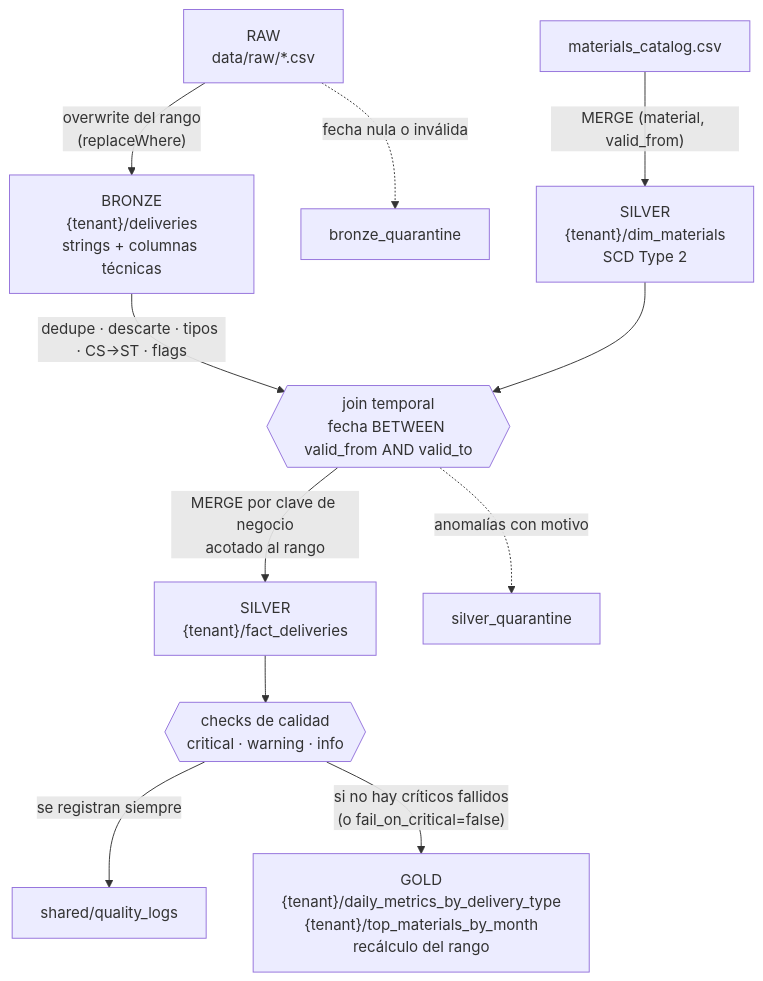
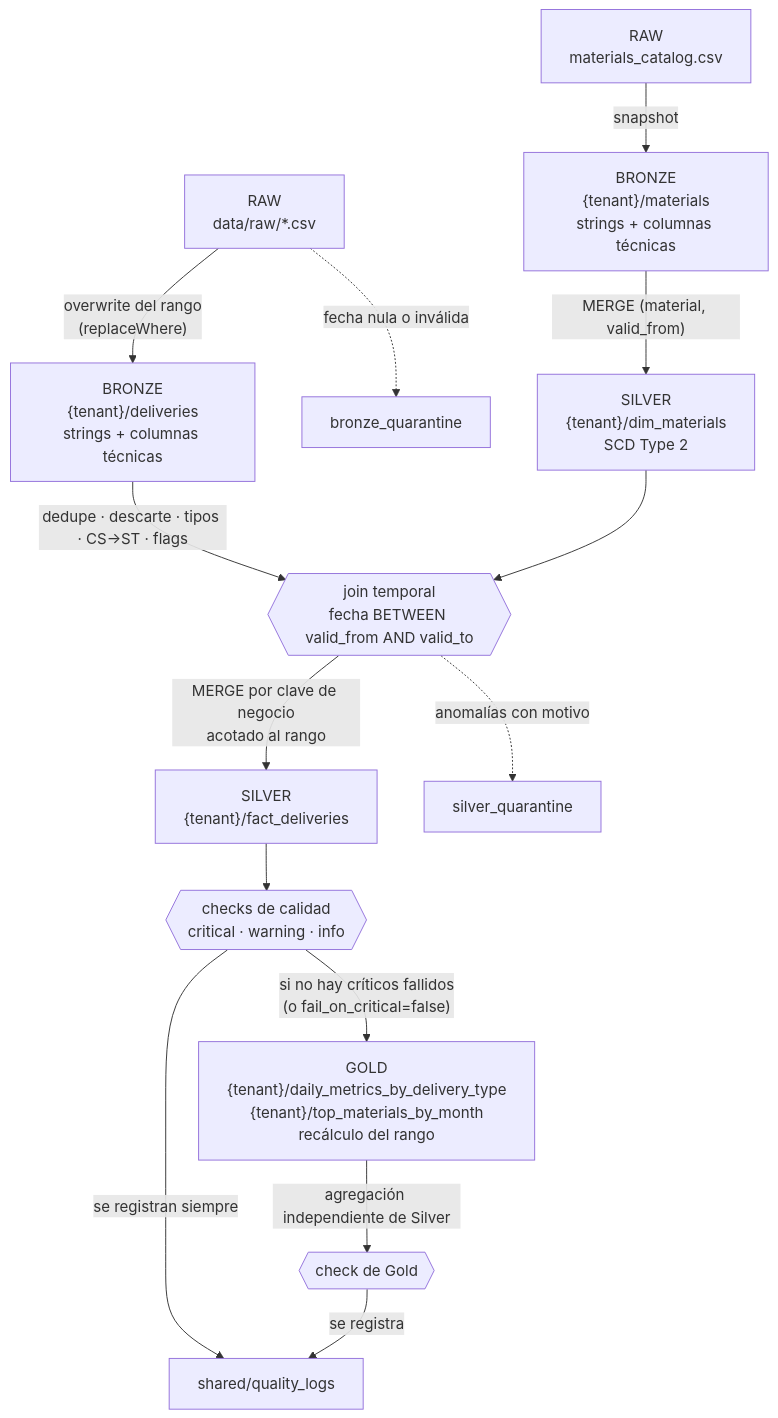
One commit to OvaR82/saas-data-platform changed the diagram in README.md. Above: the diagram before and after it, drawn with Mermaid. The commit also changed other lines of this file and 2 other files, not shown here.

Commit message:
docs: record A14, A15, the catalog mode, Bronze materials and the Gold check

````diff
--- a/README.md
+++ b/README.md
@@ -183,13 +186,16 @@
 ```mermaid
 flowchart TD
     RAW["RAW<br/>data/raw/*.csv"] -->|"overwrite del rango<br/>(replaceWhere)"| BRONZE["BRONZE<br/>{tenant}/deliveries<br/>strings + columnas técnicas"]
     RAW -.->|"fecha nula o inválida"| BQ["bronze_quarantine"]
-    CAT["materials_catalog.csv"] -->|"MERGE (material, valid_from)"| DIM["SILVER<br/>{tenant}/dim_materials<br/>SCD Type 2"]
+    CAT["RAW<br/>materials_catalog.csv"] -->|"snapshot"| BMAT["BRONZE<br/>{tenant}/materials<br/>strings + columnas técnicas"]
+    BMAT -->|"MERGE (material, valid_from)"| DIM["SILVER<br/>{tenant}/dim_materials<br/>SCD Type 2"]
     BRONZE -->|"dedupe · descarte · tipos · CS→ST · flags"| JOIN{{"join temporal<br/>fecha BETWEEN valid_from AND valid_to"}}
     DIM --> JOIN
     JOIN -->|"MERGE por clave de negocio<br/>acotado al rango"| FACT["SILVER<br/>{tenant}/fact_deliveries"]
     JOIN -.->|"anomalías con motivo"| SQ["silver_quarantine"]
     FACT --> CHECKS{{"checks de calidad<br/>critical · warning · info"}}
     CHECKS -->|"se registran siempre"| QL["shared/quality_logs"]
     CHECKS -->|"si no hay críticos fallidos<br/>(o fail_on_critical=false)"| GOLD["GOLD<br/>{tenant}/daily_metrics_by_delivery_type<br/>{tenant}/top_materials_by_month<br/>recálculo del rango"]
+    GOLD -->|"agregación independiente de Silver"| GCHECK{{"check de Gold"}}
+    GCHECK -->|"se registra"| QL
 ```
````
